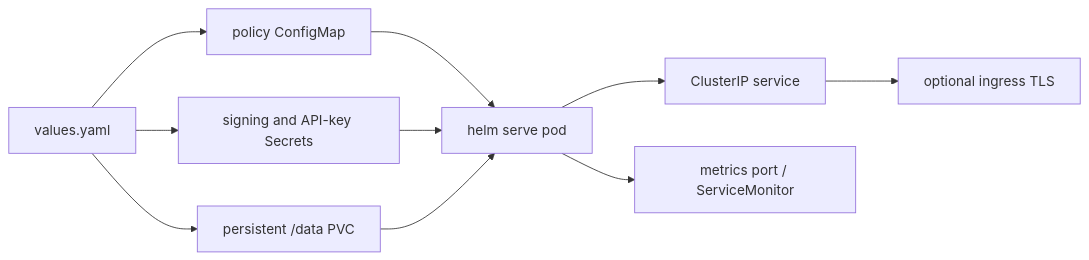
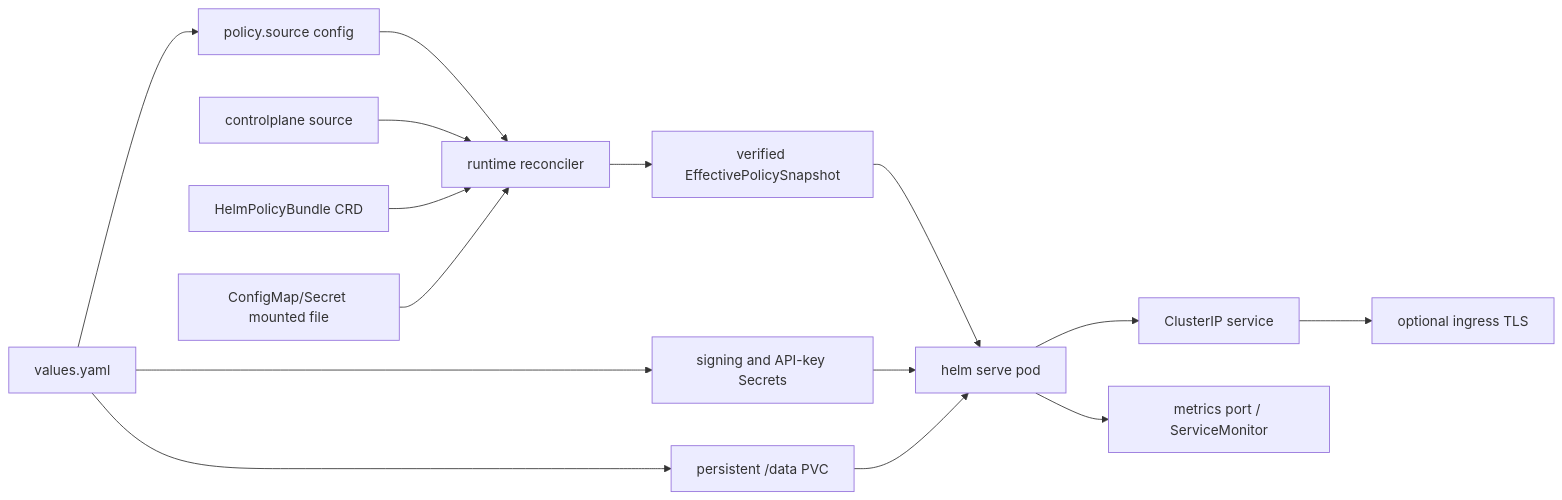
One commit to Mindburn-Labs/helm-ai-kernel changed the diagram in docs/KUBERNETES_DEPLOYMENT.md. Above: the diagram before and after it, drawn with Mermaid. The commit also changed other lines of this file and 35 other files, not shown here.

First line of the commit message:
feat(policy): add runtime policy reconciliation

````diff
--- a/docs/KUBERNETES_DEPLOYMENT.md
+++ b/docs/KUBERNETES_DEPLOYMENT.md
@@ -24,12 +24,17 @@
 ```mermaid
 flowchart LR
-  Values["values.yaml"] --> ConfigMap["policy ConfigMap"]
+  Values["values.yaml"] --> Source["policy.source config"]
+  Source --> Runtime["runtime reconciler"]
+  ControlPlane["controlplane source"] --> Runtime
+  CRD["HelmPolicyBundle CRD"] --> Runtime
+  Mounted["ConfigMap/Secret mounted file"] --> Runtime
+  Runtime --> Snapshot["verified EffectivePolicySnapshot"]
   Values --> Secrets["signing and API-key Secrets"]
   Values --> PVC["persistent /data PVC"]
-  ConfigMap --> Pod["helm serve pod"]
+  Snapshot --> Pod["helm serve pod"]
   Secrets --> Pod
   PVC --> Pod
   Pod --> Service["ClusterIP service"]
   Service --> Ingress["optional ingress TLS"]
   Pod --> Metrics["metrics port / ServiceMonitor"]
 ```
````
